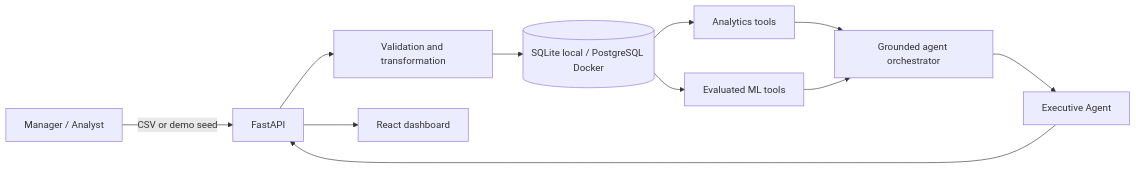
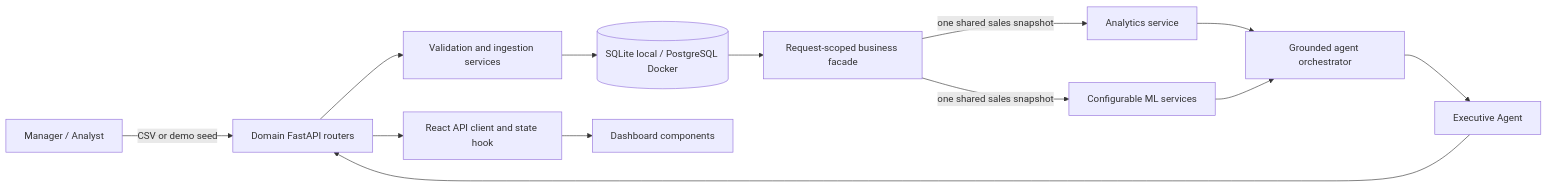
The diagram in docs/architecture.md (QihuiPan/enterprise-ai-bi), drawn with Mermaid before and after one commit. The commit also changed other lines of this file and 35 other files, not shown here.

Commit message:
Refactor and encapsulate application architecture

````diff
--- a/docs/architecture.md
+++ b/docs/architecture.md
@@ -5,13 +5,15 @@
 ```mermaid
 flowchart LR
-    U[Manager / Analyst] -->|CSV or demo seed| API[FastAPI]
-    API --> V[Validation and transformation]
+    U[Manager / Analyst] -->|CSV or demo seed| API[Domain FastAPI routers]
+    API --> V[Validation and ingestion services]
     V --> DB[(SQLite local / PostgreSQL Docker)]
-    DB --> A[Analytics tools]
-    DB --> M[Evaluated ML tools]
+    DB --> B[Request-scoped business facade]
+    B -->|one shared sales snapshot| A[Analytics service]
+    B -->|one shared sales snapshot| M[Configurable ML services]
     A --> O[Grounded agent orchestrator]
     M --> O
     O --> E[Executive Agent]
-    API --> UI[React dashboard]
+    API --> UI[React API client and state hook]
+    UI --> C[Dashboard components]
     E --> API
 ```
````
